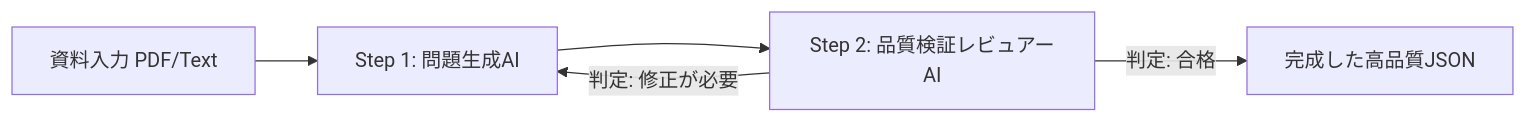
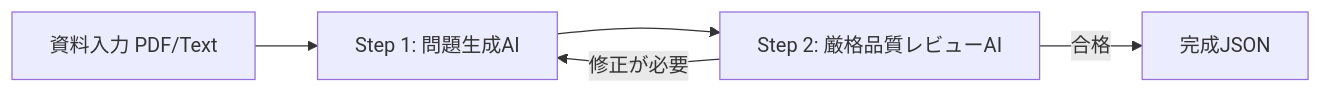
One commit to 1251kondo-beep/water-quiz changed the diagram in 問題作成ガイドライン.md. Above: the diagram before and after it, drawn with Mermaid. The commit also changed other lines of this file and 3 other files, not shown here.

````diff
--- a/問題作成ガイドライン.md
+++ b/問題作成ガイドライン.md
@@ -343,7 +237,7 @@
 ```mermaid
 graph LR
     A[資料入力 PDF/Text] --> B[Step 1: 問題生成AI]
-    B --> C[Step 2: 品質検証レビュアーAI]
-    C -->|判定: 修正が必要| B
-    C -->|判定: 合格| D[完成した高品質JSON]
+    B --> C[Step 2: 厳格品質レビューAI]
+    C -->|修正が必要| B
+    C -->|合格| D[完成JSON]
 ```
````
